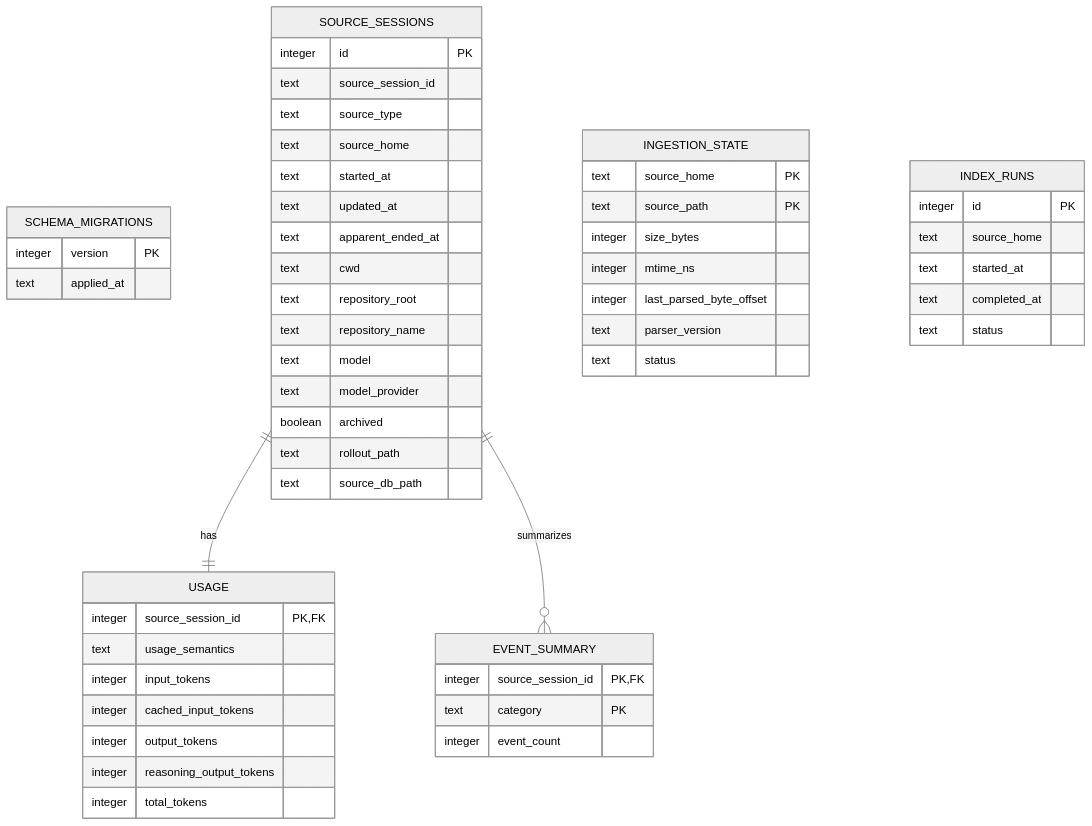
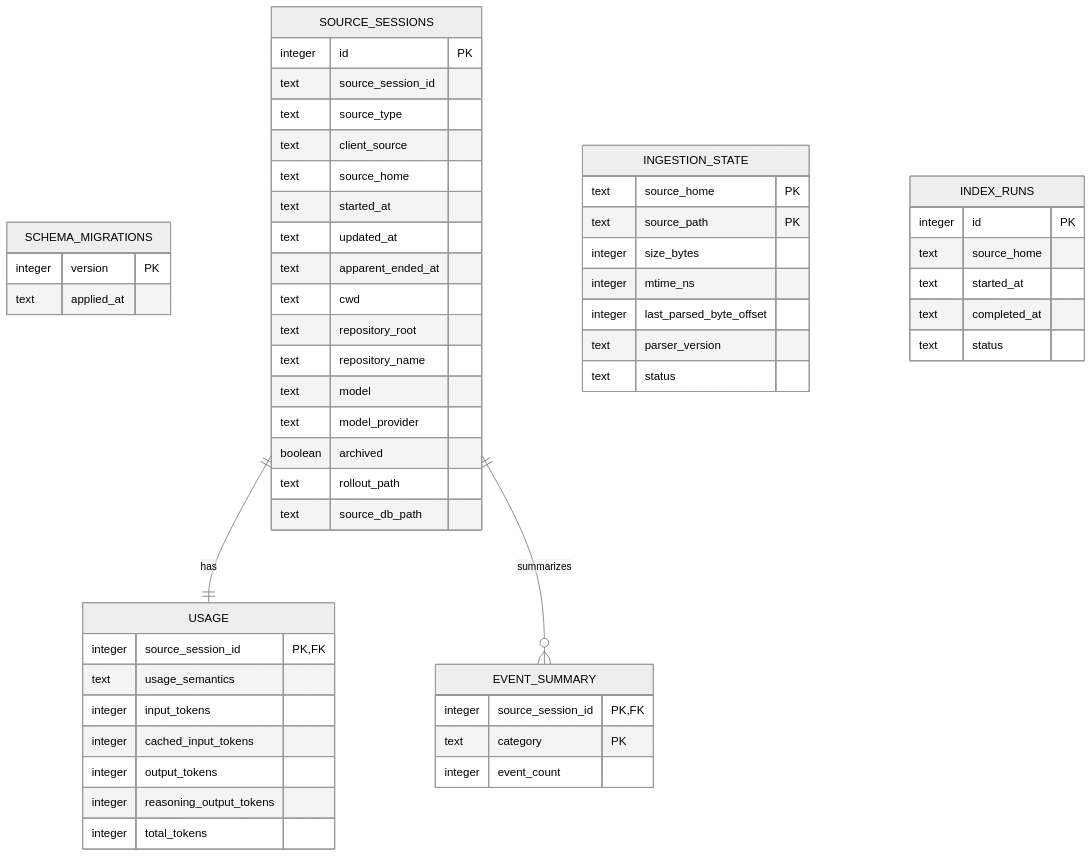
The diagram in docs/database-schema.md (angzeli/codex-insights), drawn with Mermaid (neutral theme) before and after one commit. The commit also changed other lines of this file and 16 other files, not shown here.

````diff
--- a/docs/database-schema.md
+++ b/docs/database-schema.md
@@ -18,57 +18,58 @@
 ```mermaid
 erDiagram
     SCHEMA_MIGRATIONS {
         integer version PK
         text applied_at
     }
     SOURCE_SESSIONS {
         integer id PK
         text source_session_id
         text source_type
+        text client_source
         text source_home
         text started_at
         text updated_at
         text apparent_ended_at
         text cwd
         text repository_root
         text repository_name
         text model
         text model_provider
         boolean archived
         text rollout_path
         text source_db_path
     }
     USAGE {
         integer source_session_id PK,FK
         text usage_semantics
         integer input_tokens
         integer cached_input_tokens
         integer output_tokens
         integer reasoning_output_tokens
         integer total_tokens
     }
     EVENT_SUMMARY {
         integer source_session_id PK,FK
         text category PK
         integer event_count
     }
     INGESTION_STATE {
         text source_home PK
         text source_path PK
         integer size_bytes
         integer mtime_ns
         integer last_parsed_byte_offset
         text parser_version
         text status
     }
     INDEX_RUNS {
         integer id PK
         text source_home
         text started_at
         text completed_at
         text status
     }
 
     SOURCE_SESSIONS ||--|| USAGE : has
     SOURCE_SESSIONS ||--o{ EVENT_SUMMARY : summarizes
 ```
````
